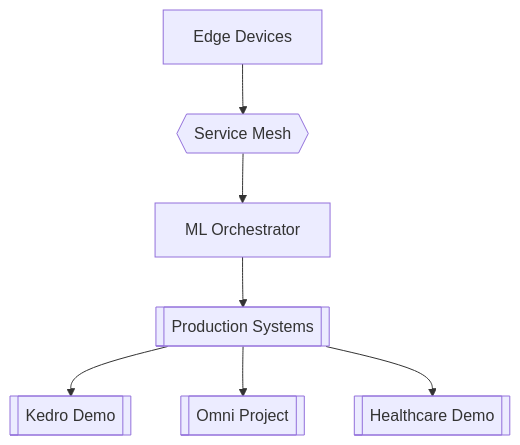
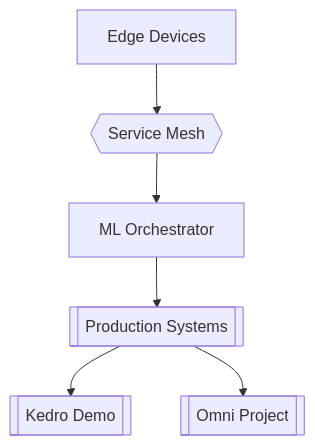
Before and after one commit to Sudz/sudz: the diagram in README.md, drawn with Mermaid. The commit also changed other lines of this file, not shown here.

````diff
--- a/README.md
+++ b/README.md
@@ -15,9 +8,8 @@
 ```mermaid
 graph TD
   A[Edge Devices] --> B{{Service Mesh}}
   B --> C[ML Orchestrator]
   C --> D[[Production Systems]]
   D --> E[[Kedro Demo]]
   D --> F[[Omni Project]]
-  D --> G[[Healthcare Demo]]
 ```
````
